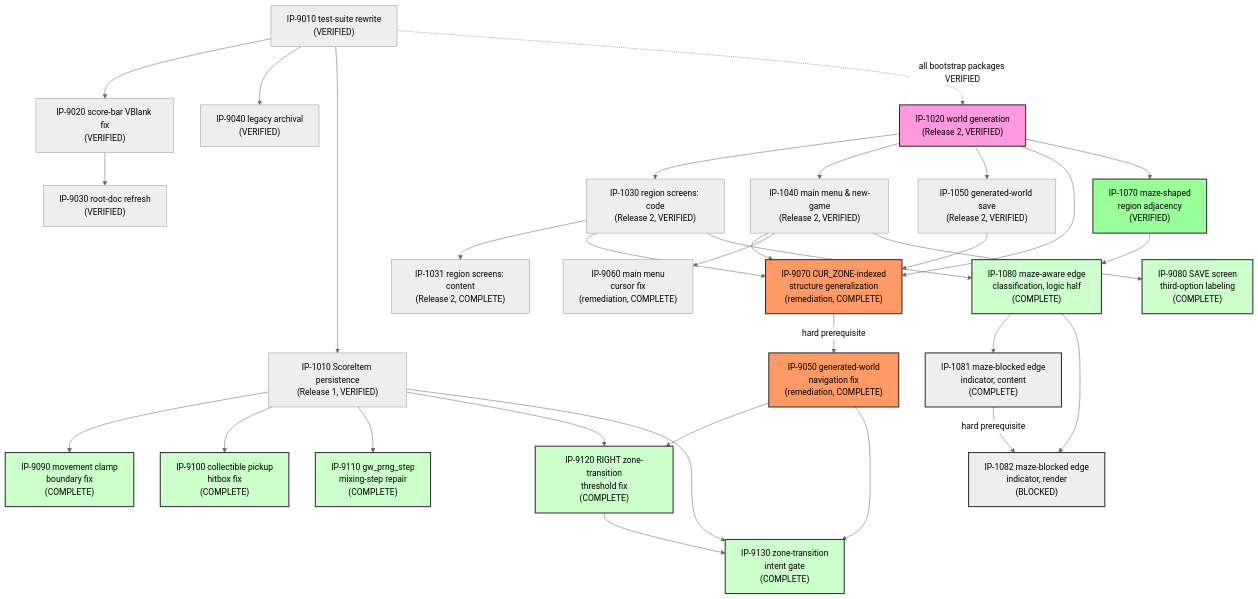
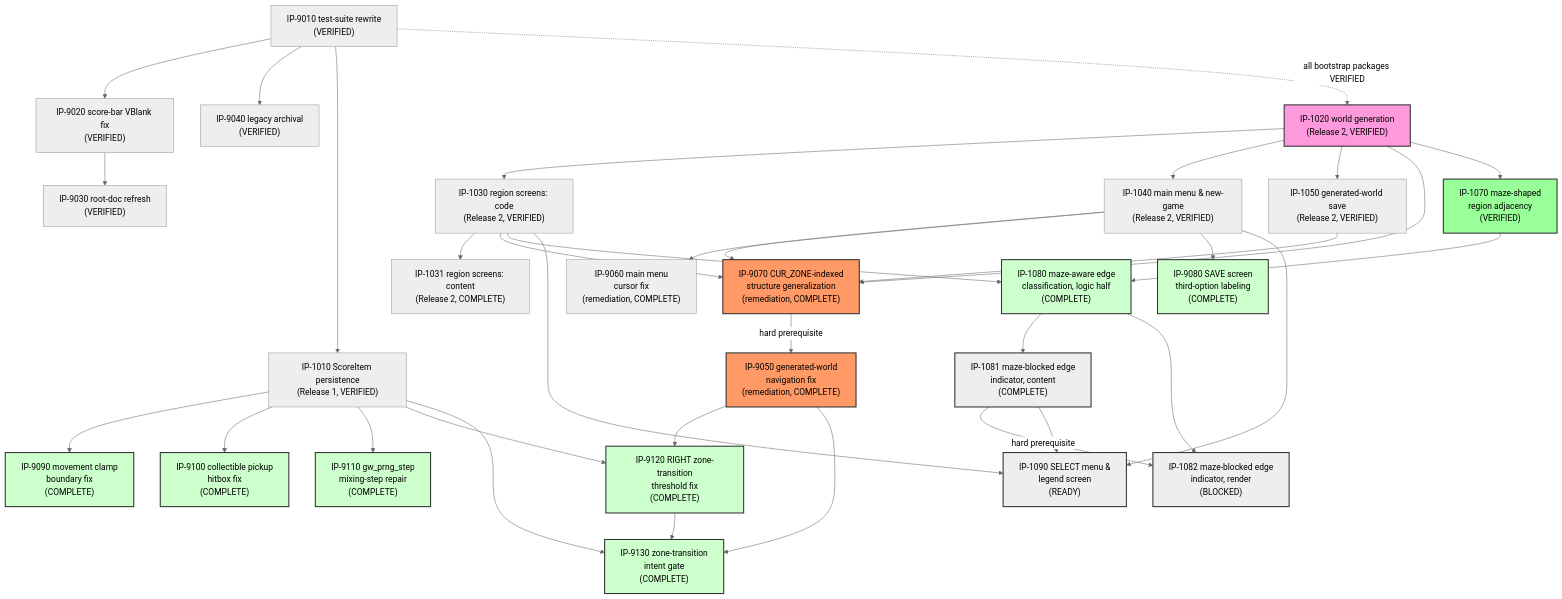
Before and after one commit to Zabin/RsGame: the diagram in docs/implementation/00-master-build-plan.md, drawn with Mermaid (neutral theme). The commit also changed other lines of this file and 10 other files, not shown here.

First line of the commit message:
docs(implementation): IP-1090 -- SELECT Menu & Edge-Indicator Legend Screen planned

````diff
--- a/docs/implementation/00-master-build-plan.md
+++ b/docs/implementation/00-master-build-plan.md
@@ -311,4 +324,11 @@
 
     style IP1081 fill:#eee,stroke:#333,stroke-width:2px
     style IP1082 fill:#eee,stroke:#333,stroke-width:2px
+
+    IP1090["IP-1090 SELECT menu &<br/>legend screen<br/>(READY)"]
+    IP1040 --> IP1090
+    IP1030 --> IP1090
+    IP1081 --> IP1090
+
+    style IP1090 fill:#eee,stroke:#333,stroke-width:2px
 ```
````
